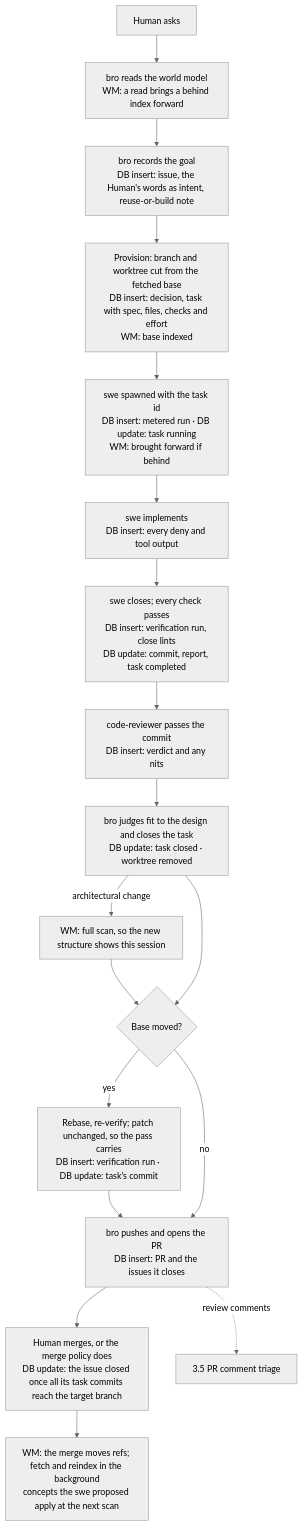
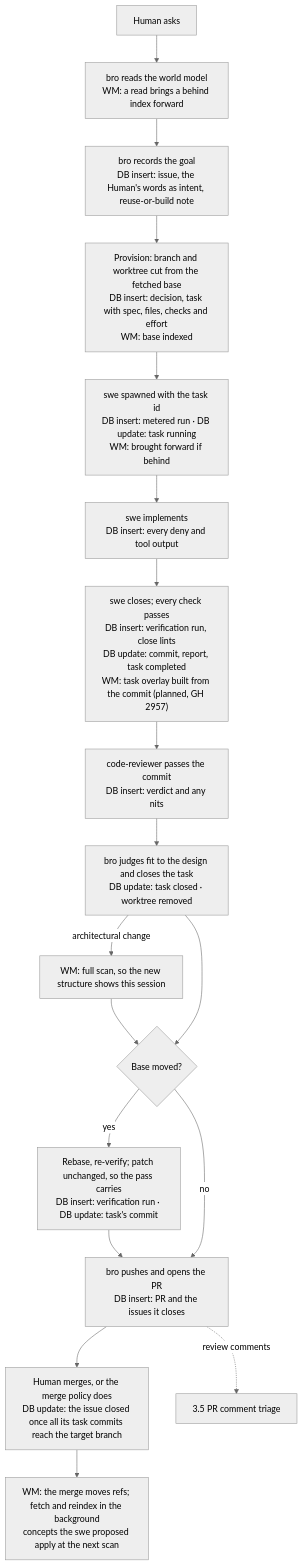
Before and after one commit to trustmybot/plugin: the first of 5 diagrams in docs/architecture/TASKS.md, drawn with Mermaid (neutral theme). The commit also changed other lines of this file and 2 other files, not shown here.

First line of the commit message:
📝 docs(world-model): plan the task overlay; state the no-guess linking rule (GH 2957)

````diff
--- a/docs/architecture/TASKS.md
+++ b/docs/architecture/TASKS.md
@@ -15,20 +15,20 @@
 ```mermaid
 flowchart TD
     A[Human asks] --> B["bro reads the world model<br/>WM: a read brings a behind index forward"]
     B --> C["bro records the goal<br/>DB insert: issue, the Human's words as intent, reuse-or-build note"]
     C --> D["Provision: branch and worktree cut from the fetched base<br/>DB insert: decision, task with spec, files, checks and effort<br/>WM: base indexed"]
     D --> E["swe spawned with the task id<br/>DB insert: metered run · DB update: task running<br/>WM: brought forward if behind"]
     E --> F["swe implements<br/>DB insert: every deny and tool output"]
-    F --> G["swe closes; every check passes<br/>DB insert: verification run, close lints<br/>DB update: commit, report, task completed"]
+    F --> G["swe closes; every check passes<br/>DB insert: verification run, close lints<br/>DB update: commit, report, task completed<br/>WM: task overlay built from the commit (planned, GH 2957)"]
     G --> H["code-reviewer passes the commit<br/>DB insert: verdict and any nits"]
     H --> I["bro judges fit to the design and closes the task<br/>DB update: task closed · worktree removed"]
     I -- architectural change --> I1["WM: full scan, so the new structure shows this session"]
     I1 --> J
     I --> J{Base moved?}
     J -- yes --> J1["Rebase, re-verify; patch unchanged, so the pass carries<br/>DB insert: verification run · DB update: task's commit"]
     J1 --> K
     J -- no --> K["bro pushes and opens the PR<br/>DB insert: PR and the issues it closes"]
     K --> L["Human merges, or the merge policy does<br/>DB update: the issue closed once all its task commits reach the target branch"]
     L --> M["WM: the merge moves refs; fetch and reindex in the background<br/>concepts the swe proposed apply at the next scan"]
     K -. review comments .-> T[3.5 PR comment triage]
 ```
````
